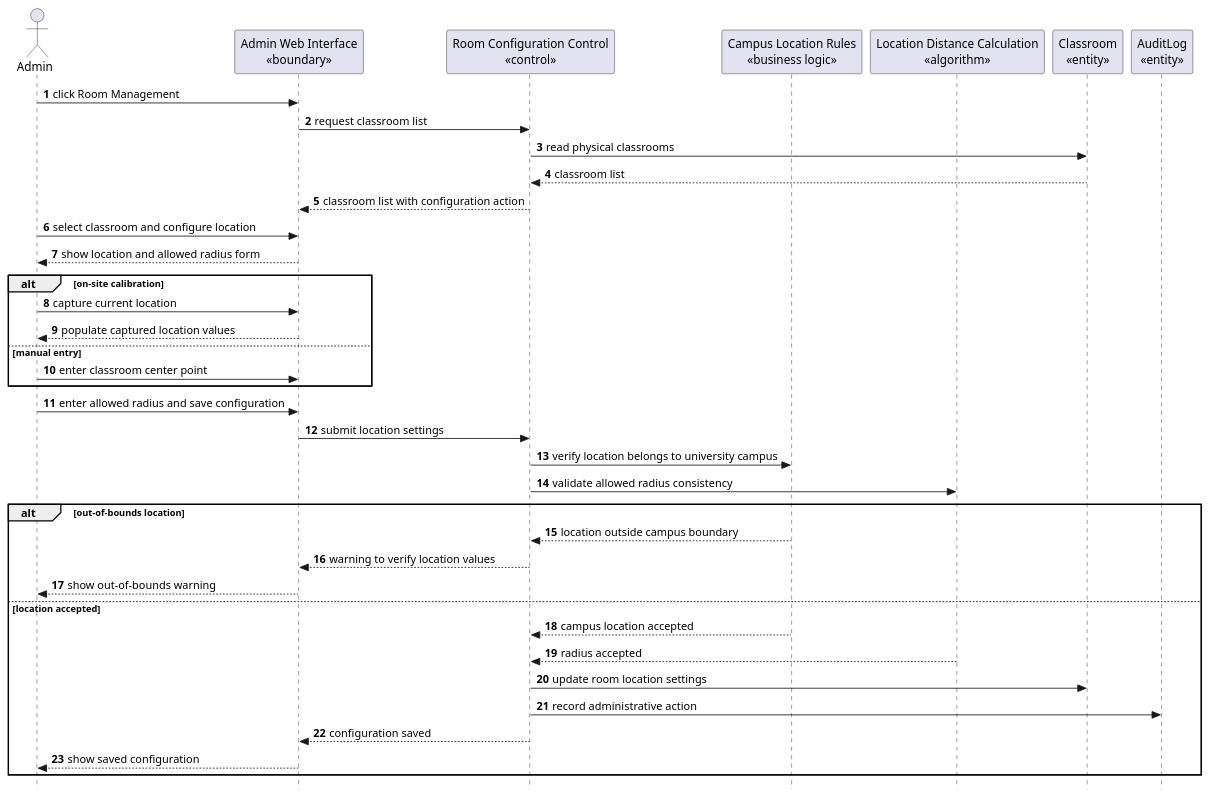
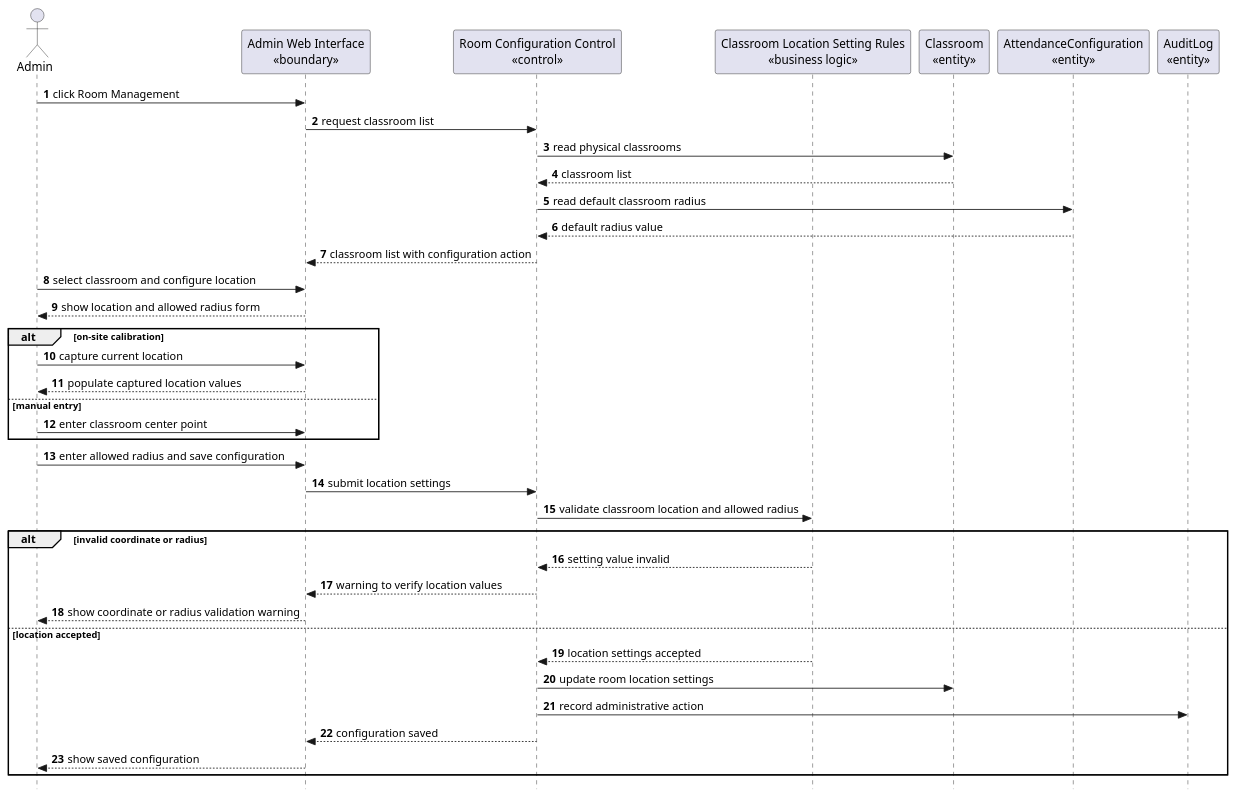
Before and after one commit to nttung42/SWD392: diagram 22 of 26 in docs/sds/2_Analysis.md, drawn with PlantUML. The commit also changed other lines of this file, not shown here.

Commit message:
tmp Contextual boundary class diagram

````diff
--- a/docs/sds/2_Analysis.md
+++ b/docs/sds/2_Analysis.md
@@ -989,46 +1194,46 @@
 ```plantuml
 @startuml
 skinparam style strictuml
 autonumber
 actor "Admin" as Admin
 participant "Admin Web Interface\n«boundary»" as AdminUI
 participant "Room Configuration Control\n«control»" as RoomControl
-participant "Campus Location Rules\n«business logic»" as CampusRules
-participant "Location Distance Calculation\n«algorithm»" as DistanceCalc
+participant "Classroom Location Setting Rules\n«business logic»" as LocationSettingRules
 participant "Classroom\n«entity»" as Classroom
+participant "AttendanceConfiguration\n«entity»" as AttendanceConfig
 participant "AuditLog\n«entity»" as AuditLog
 
 Admin -> AdminUI : click Room Management
 AdminUI -> RoomControl : request classroom list
 RoomControl -> Classroom : read physical classrooms
 Classroom --> RoomControl : classroom list
+RoomControl -> AttendanceConfig : read default classroom radius
+AttendanceConfig --> RoomControl : default radius value
 RoomControl --> AdminUI : classroom list with configuration action
 Admin -> AdminUI : select classroom and configure location
 AdminUI --> Admin : show location and allowed radius form
 
 alt on-site calibration
   Admin -> AdminUI : capture current location
   AdminUI --> Admin : populate captured location values
 else manual entry
   Admin -> AdminUI : enter classroom center point
 end
 
 Admin -> AdminUI : enter allowed radius and save configuration
 AdminUI -> RoomControl : submit location settings
-RoomControl -> CampusRules : verify location belongs to university campus
-RoomControl -> DistanceCalc : validate allowed radius consistency
+RoomControl -> LocationSettingRules : validate classroom location and allowed radius
 
-alt out-of-bounds location
-  CampusRules --> RoomControl : location outside campus boundary
+alt invalid coordinate or radius
+  LocationSettingRules --> RoomControl : setting value invalid
   RoomControl --> AdminUI : warning to verify location values
-  AdminUI --> Admin : show out-of-bounds warning
+  AdminUI --> Admin : show coordinate or radius validation warning
 else location accepted
-  CampusRules --> RoomControl : campus location accepted
-  DistanceCalc --> RoomControl : radius accepted
+  LocationSettingRules --> RoomControl : location settings accepted
   RoomControl -> Classroom : update room location settings
   RoomControl -> AuditLog : record administrative action
   RoomControl --> AdminUI : configuration saved
   AdminUI --> Admin : show saved configuration
 end
 @enduml
 ```
````
